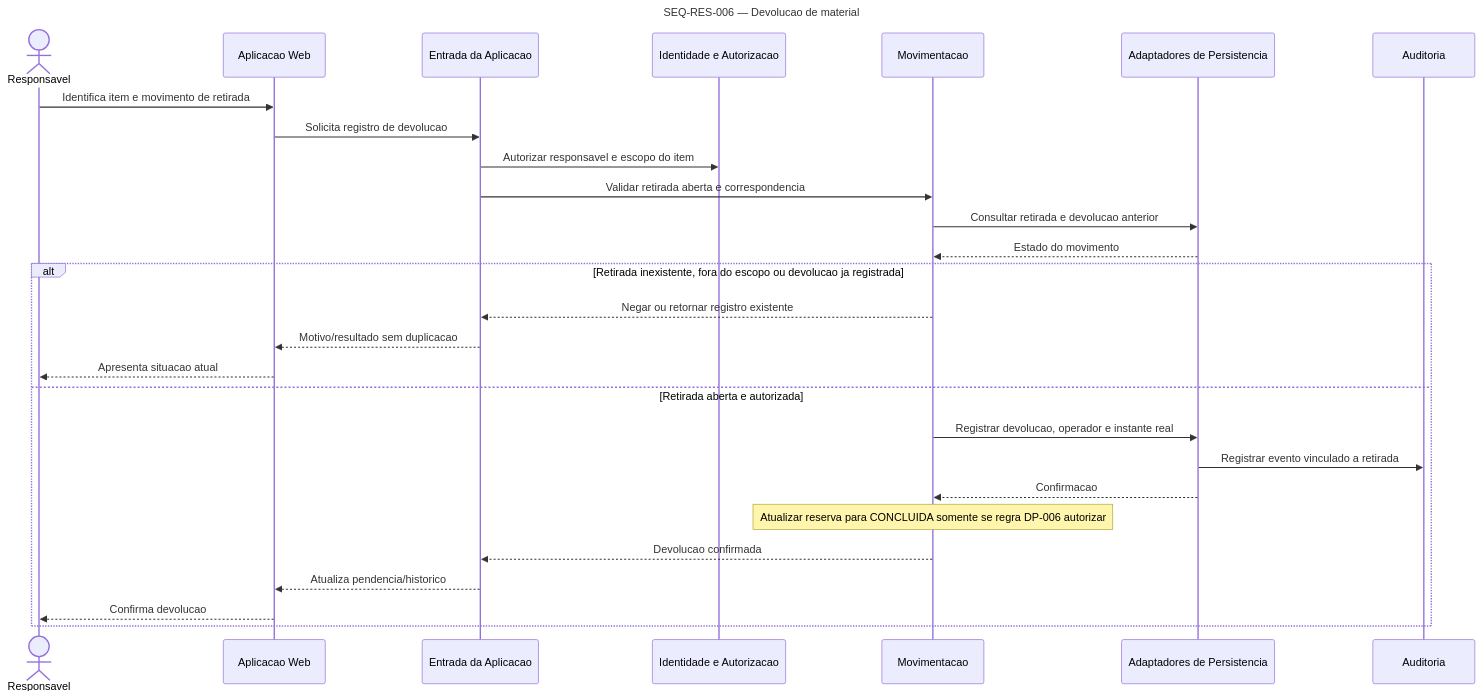
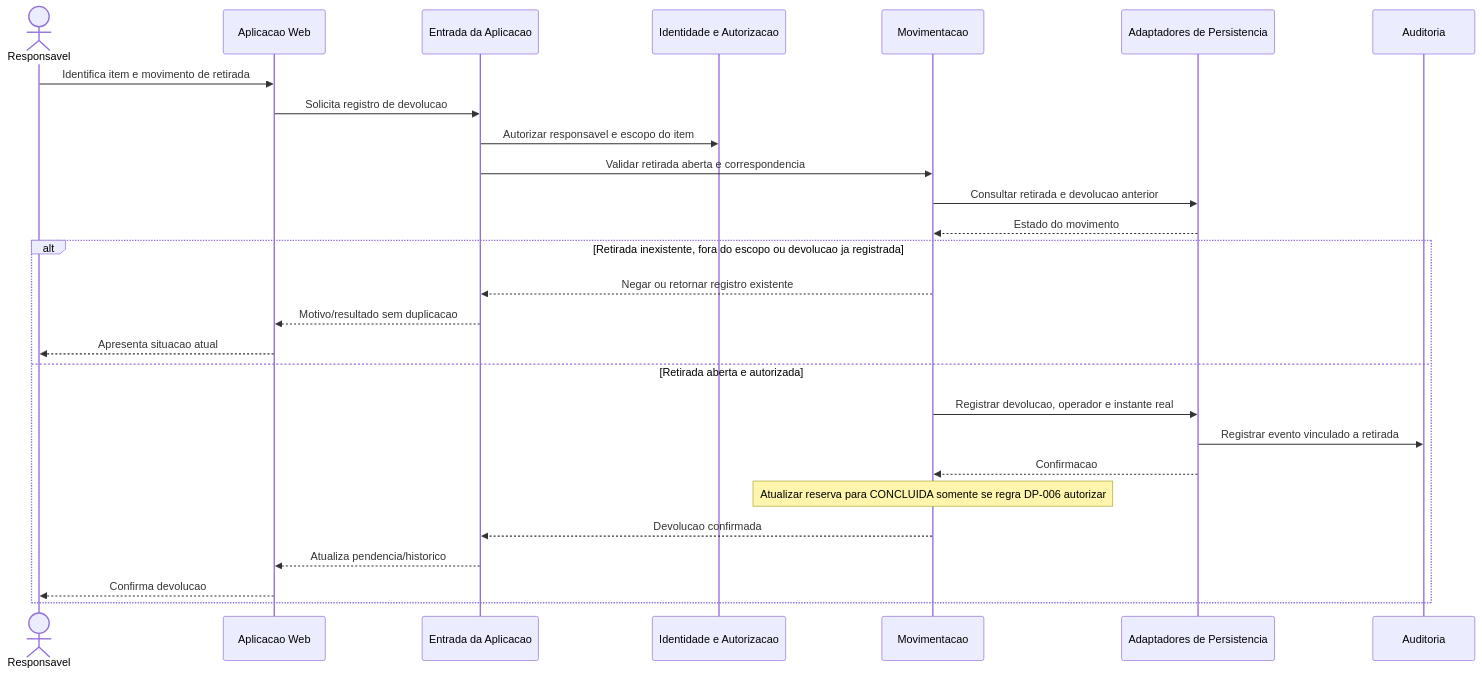
Before and after one commit to joaopaulofserafim/projeto_final_QAS: the sixth of 7 diagrams in PRD/arquitetura/uml/sequencia/RESPONSAVEL.md, drawn with Mermaid. The commit also changed other lines of this file and 26 other files, not shown here.

````diff
--- a/PRD/arquitetura/uml/sequencia/RESPONSAVEL.md
+++ b/PRD/arquitetura/uml/sequencia/RESPONSAVEL.md
@@ -264,31 +264,31 @@
 ```mermaid
 sequenceDiagram
-    title SEQ-RES-006 — Devolucao de material
+    %% SEQ-RES-006 — Devolucao de material
     actor Res as Responsavel
     participant Web as Aplicacao Web
     participant Entrada as Entrada da Aplicacao
     participant Auth as Identidade e Autorizacao
     participant Movimento as Movimentacao
     participant Persistencia as Adaptadores de Persistencia
     participant Auditoria as Auditoria
 
     Res->>Web: Identifica item e movimento de retirada
     Web->>Entrada: Solicita registro de devolucao
     Entrada->>Auth: Autorizar responsavel e escopo do item
     Entrada->>Movimento: Validar retirada aberta e correspondencia
     Movimento->>Persistencia: Consultar retirada e devolucao anterior
     Persistencia-->>Movimento: Estado do movimento
     alt Retirada inexistente, fora do escopo ou devolucao ja registrada
         Movimento-->>Entrada: Negar ou retornar registro existente
         Entrada-->>Web: Motivo/resultado sem duplicacao
         Web-->>Res: Apresenta situacao atual
     else Retirada aberta e autorizada
         Movimento->>Persistencia: Registrar devolucao, operador e instante real
         Persistencia->>Auditoria: Registrar evento vinculado a retirada
         Persistencia-->>Movimento: Confirmacao
         Note over Movimento: Atualizar reserva para CONCLUIDA somente se regra DP-006 autorizar
         Movimento-->>Entrada: Devolucao confirmada
         Entrada-->>Web: Atualiza pendencia/historico
         Web-->>Res: Confirma devolucao
     end
 ```
````
